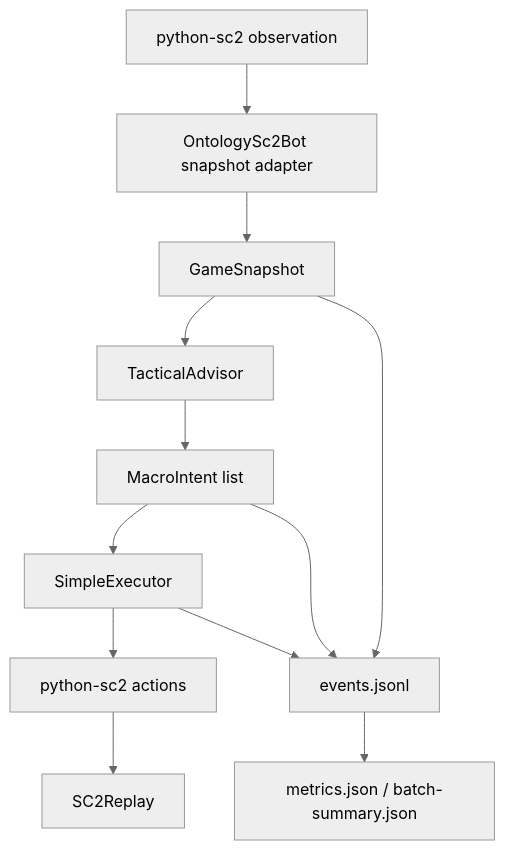
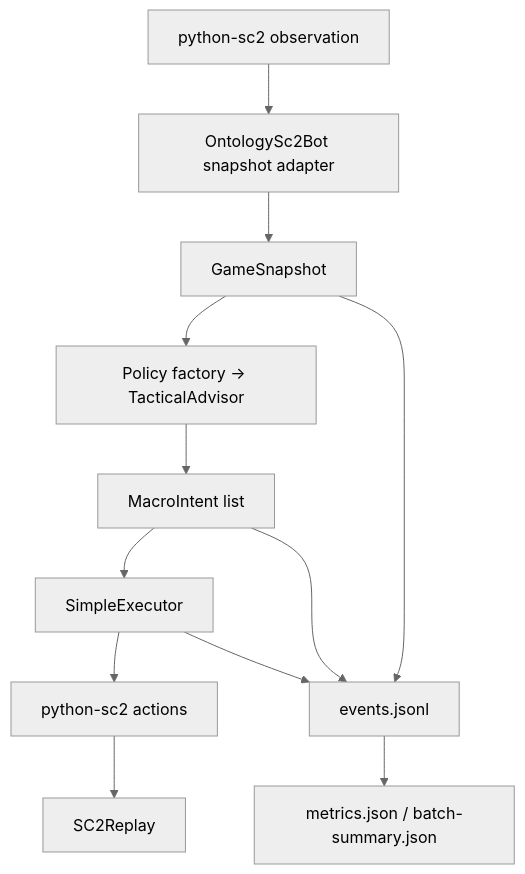
The diagram in docs/architecture.md (donovan0116/ontology_sc2), drawn with Mermaid (neutral theme) before and after one commit. The commit also changed other lines of this file and 9 other files, not shown here.

````diff
--- a/docs/architecture.md
+++ b/docs/architecture.md
@@ -5,14 +5,14 @@
 ```mermaid
 flowchart TD
     SC2[python-sc2 observation] --> Adapter[OntologySc2Bot snapshot adapter]
     Adapter --> Snapshot[GameSnapshot]
-    Snapshot --> Advisor[TacticalAdvisor]
+    Snapshot --> Advisor[Policy factory -> TacticalAdvisor]
     Advisor --> Intents[MacroIntent list]
     Intents --> Executor[SimpleExecutor]
     Executor --> Actions[python-sc2 actions]
     Snapshot --> Events[events.jsonl]
     Intents --> Events
     Executor --> Events
     Events --> Metrics[metrics.json / batch-summary.json]
     Actions --> Replay[SC2Replay]
 ```
````
